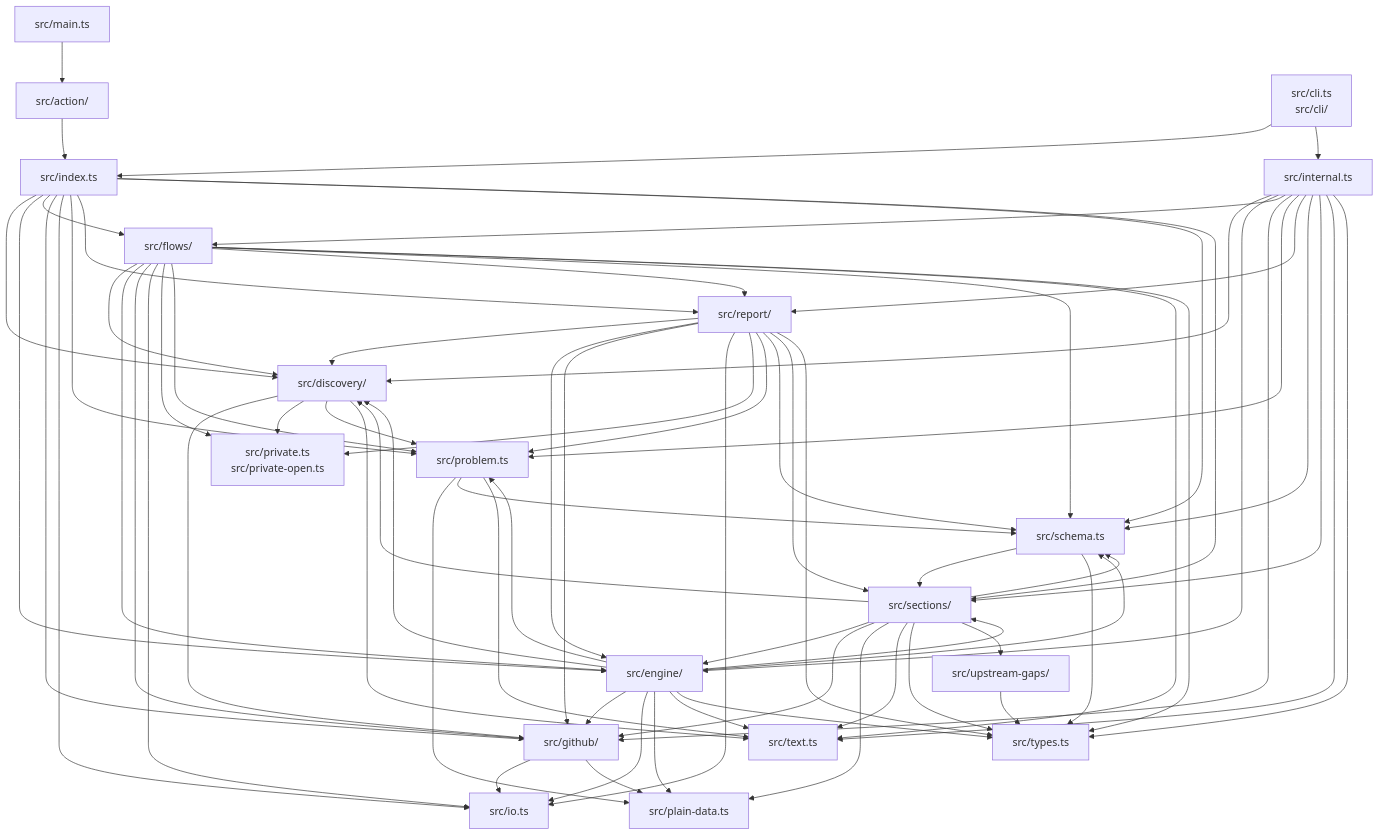
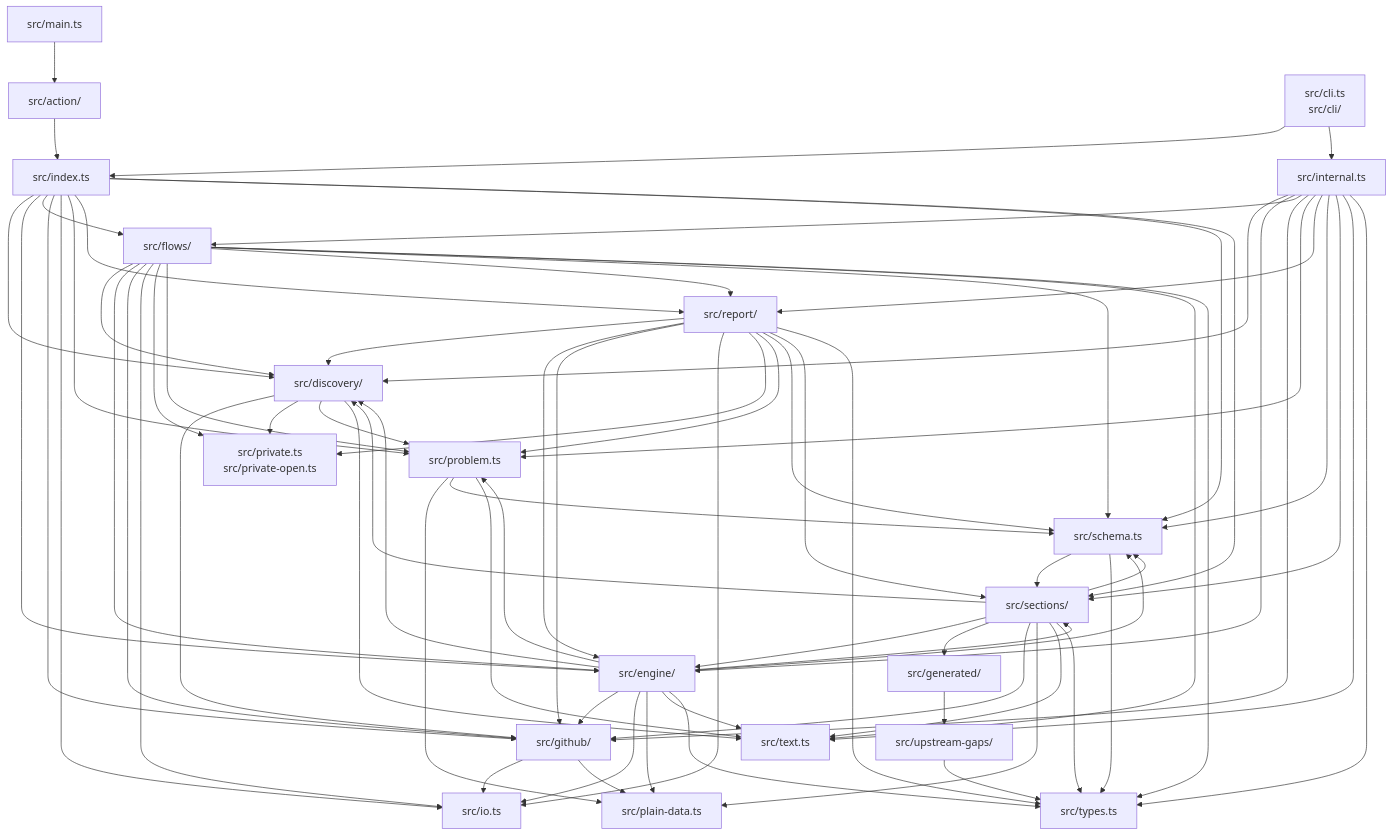
One commit to Vivswan/github-settings-as-code changed the ninth of 9 diagrams in docs/reference/architecture.md. Above: the diagram before and after it, drawn with Mermaid. The commit also changed 30 other files, not shown here.

Commit message:
refactor(generated): gather generated TypeScript under src/generated/ (#531)

```diff
--- a/docs/reference/architecture.md
+++ b/docs/reference/architecture.md
@@ -317,6 +317,7 @@
   flows["src/flows/"]
   engine["src/engine/"]
   sections["src/sections/"]
+  generated["src/generated/"]
   github["src/github/"]
   discovery["src/discovery/"]
   report["src/report/"]
@@ -372,12 +373,13 @@
   engine --> types
   sections --> discovery
   sections --> engine
+  sections --> generated
   sections --> github
   sections --> plain_data
   sections --> schema
   sections --> text
   sections --> types
-  sections --> upstream_gaps
+  generated --> upstream_gaps
   github --> io
   github --> plain_data
   discovery --> github
```
